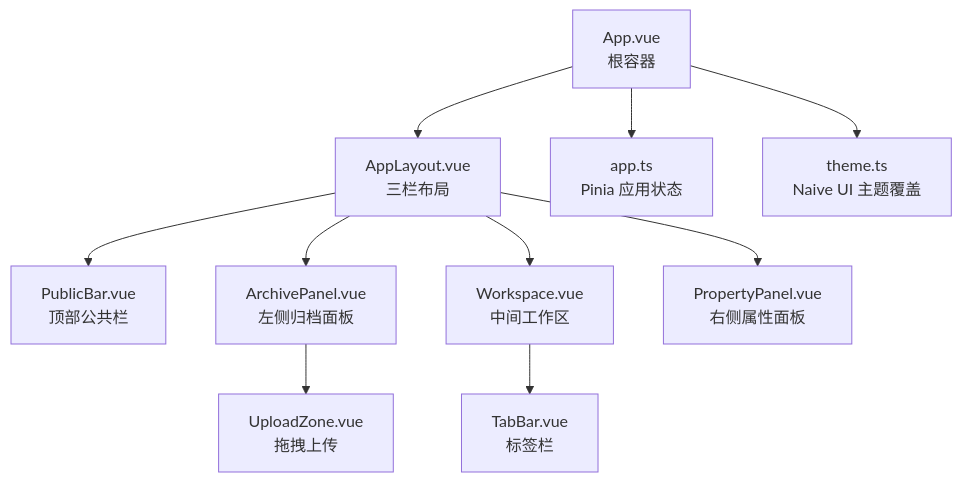
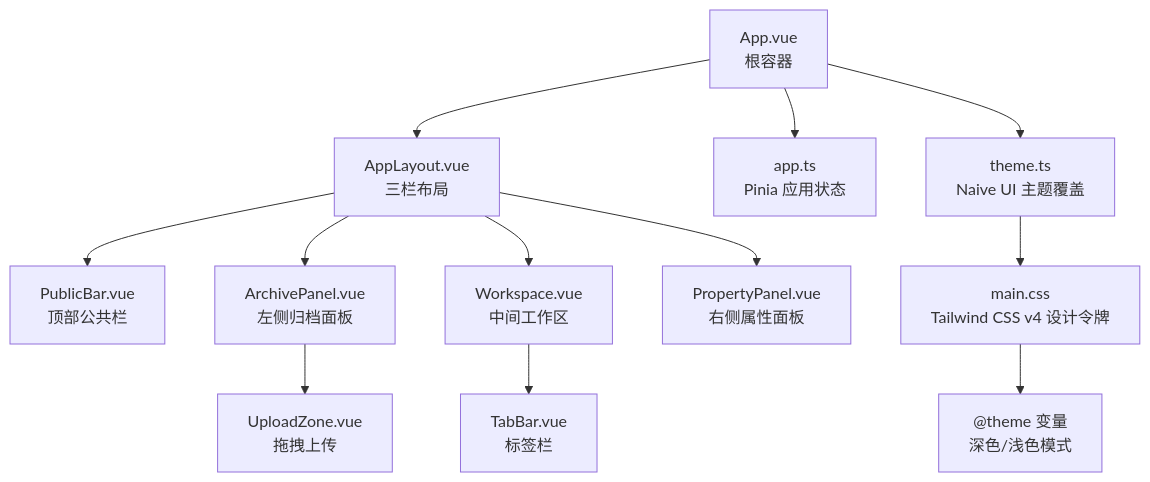
Before and after one commit to taoweidong/Hello-Tauri: the first of 7 diagrams in .qoder/repowiki/zh/content/用户界面/用户界面.md, drawn with Mermaid. The commit also changed other lines of this file and 119 other files, not shown here.

````diff
--- a/.qoder/repowiki/zh/content/用户界面/用户界面.md
+++ b/.qoder/repowiki/zh/content/用户界面/用户界面.md
@@ -50,12 +64,14 @@
 ```mermaid
 graph TB
 A["App.vue<br/>根容器"] --> B["AppLayout.vue<br/>三栏布局"]
 B --> C["PublicBar.vue<br/>顶部公共栏"]
 B --> D["ArchivePanel.vue<br/>左侧归档面板"]
 B --> E["Workspace.vue<br/>中间工作区"]
 B --> F["PropertyPanel.vue<br/>右侧属性面板"]
 D --> G["UploadZone.vue<br/>拖拽上传"]
 E --> H["TabBar.vue<br/>标签栏"]
 A --> I["app.ts<br/>Pinia 应用状态"]
 A --> J["theme.ts<br/>Naive UI 主题覆盖"]
+J --> K["main.css<br/>Tailwind CSS v4 设计令牌"]
+K --> L["@theme 变量<br/>深色/浅色模式"]
 ```
````
